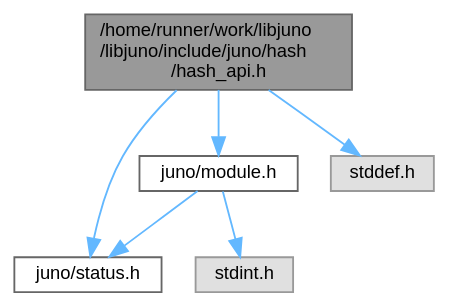
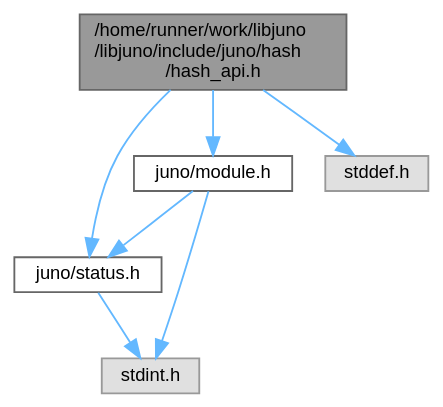
One commit to robinonsay/libjuno changed the diagram in hash__api_8h__incl.dot. Above: the diagram before and after it, drawn with Graphviz. The commit also changed 259 other files, not shown here.

```diff
--- a/hash__api_8h__incl.dot
+++ b/hash__api_8h__incl.dot
@@ -1,17 +1,18 @@
 digraph "/home/runner/work/libjuno/libjuno/include/juno/hash/hash_api.h"
 {
  // LATEX_PDF_SIZE
   bgcolor="transparent";
   edge [fontname=Helvetica,fontsize=10,labelfontname=Helvetica,labelfontsize=10];
   node [fontname=Helvetica,fontsize=10,shape=box,height=0.2,width=0.4];
   Node1 [id="Node000001",label="/home/runner/work/libjuno\l/libjuno/include/juno/hash\l/hash_api.h",height=0.2,width=0.4,color="gray40", fillcolor="grey60", style="filled", fontcolor="black",tooltip=" "];
   Node1 -> Node2 [id="edge1_Node000001_Node000002",color="steelblue1",style="solid",tooltip=" "];
   Node2 [id="Node000002",label="juno/status.h",height=0.2,width=0.4,color="grey40", fillcolor="white", style="filled",URL="$status_8h.html",tooltip=" "];
-  Node1 -> Node3 [id="edge2_Node000001_Node000003",color="steelblue1",style="solid",tooltip=" "];
-  Node3 [id="Node000003",label="juno/module.h",height=0.2,width=0.4,color="grey40", fillcolor="white", style="filled",URL="$module_8h.html",tooltip=" "];
-  Node3 -> Node2 [id="edge3_Node000003_Node000002",color="steelblue1",style="solid",tooltip=" "];
-  Node3 -> Node4 [id="edge4_Node000003_Node000004",color="steelblue1",style="solid",tooltip=" "];
-  Node4 [id="Node000004",label="stdint.h",height=0.2,width=0.4,color="grey60", fillcolor="#E0E0E0", style="filled",tooltip=" "];
-  Node1 -> Node5 [id="edge5_Node000001_Node000005",color="steelblue1",style="solid",tooltip=" "];
+  Node2 -> Node3 [id="edge2_Node000002_Node000003",color="steelblue1",style="solid",tooltip=" "];
+  Node3 [id="Node000003",label="stdint.h",height=0.2,width=0.4,color="grey60", fillcolor="#E0E0E0", style="filled",tooltip=" "];
+  Node1 -> Node4 [id="edge3_Node000001_Node000004",color="steelblue1",style="solid",tooltip=" "];
+  Node4 [id="Node000004",label="juno/module.h",height=0.2,width=0.4,color="grey40", fillcolor="white", style="filled",URL="$module_8h.html",tooltip=" "];
+  Node4 -> Node2 [id="edge4_Node000004_Node000002",color="steelblue1",style="solid",tooltip=" "];
+  Node4 -> Node3 [id="edge5_Node000004_Node000003",color="steelblue1",style="solid",tooltip=" "];
+  Node1 -> Node5 [id="edge6_Node000001_Node000005",color="steelblue1",style="solid",tooltip=" "];
   Node5 [id="Node000005",label="stddef.h",height=0.2,width=0.4,color="grey60", fillcolor="#E0E0E0", style="filled",tooltip=" "];
 }
```
